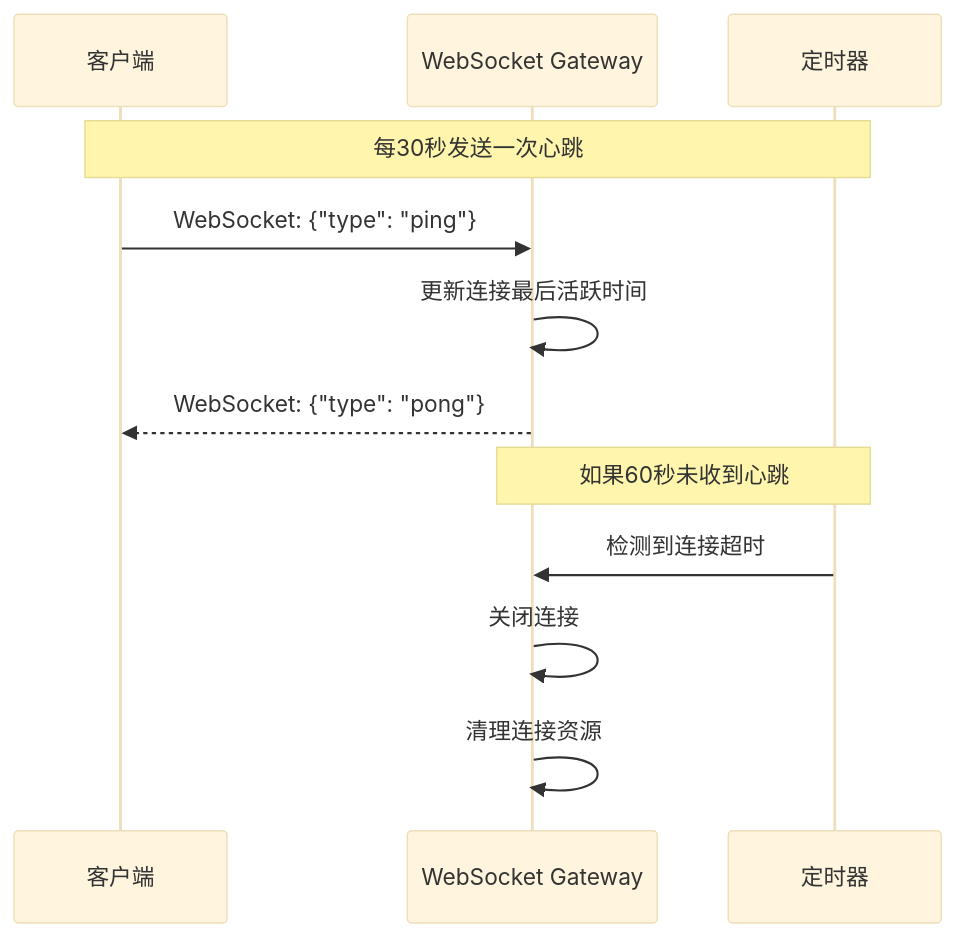
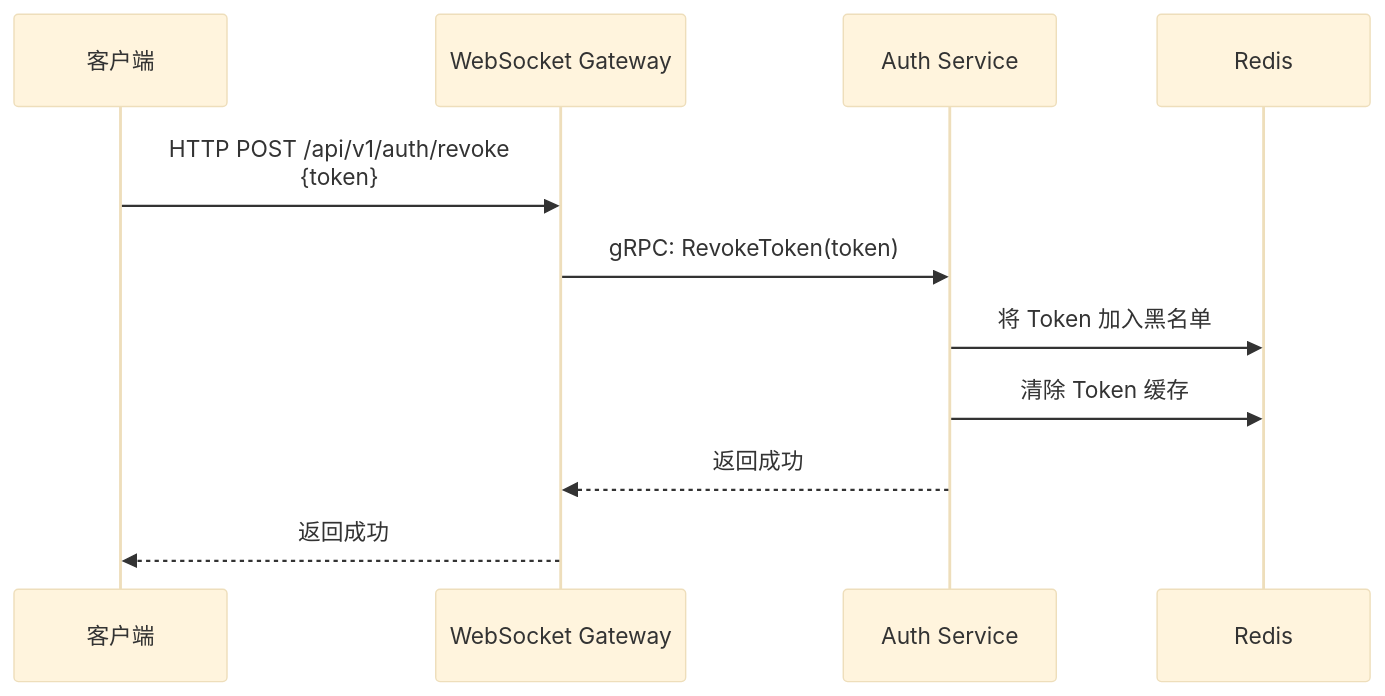
Before and after one commit to HappyLadySauce/Beehive: the ninth of 9 diagrams in docs/dev/01-用户登录与操作逻辑.md, drawn with Mermaid (base theme). The commit also changed other lines of this file and 19 other files, not shown here.

````diff
--- a/docs/dev/01-用户登录与操作逻辑.md
+++ b/docs/dev/01-用户登录与操作逻辑.md
@@ -488,16 +430,14 @@
 ```mermaid
 sequenceDiagram
     participant Client as 客户端
     participant Gateway as WebSocket Gateway
-    participant Timer as 定时器
+    participant AuthSvc as Auth Service
+    participant Redis as Redis
     
-    Note over Client,Timer: 每30秒发送一次心跳
-    Client->>Gateway: WebSocket: {"type": "ping"}
-    Gateway->>Gateway: 更新连接最后活跃时间
-    Gateway-->>Client: WebSocket: {"type": "pong"}
-    
-    Note over Gateway,Timer: 如果60秒未收到心跳
-    Timer->>Gateway: 检测到连接超时
-    Gateway->>Gateway: 关闭连接
-    Gateway->>Gateway: 清理连接资源
+    Client->>Gateway: HTTP POST /api/v1/auth/revoke<br/>{token}
+    Gateway->>AuthSvc: gRPC: RevokeToken(token)
+    AuthSvc->>Redis: 将 Token 加入黑名单
+    AuthSvc->>Redis: 清除 Token 缓存
+    AuthSvc-->>Gateway: 返回成功
+    Gateway-->>Client: 返回成功
 ```
````
